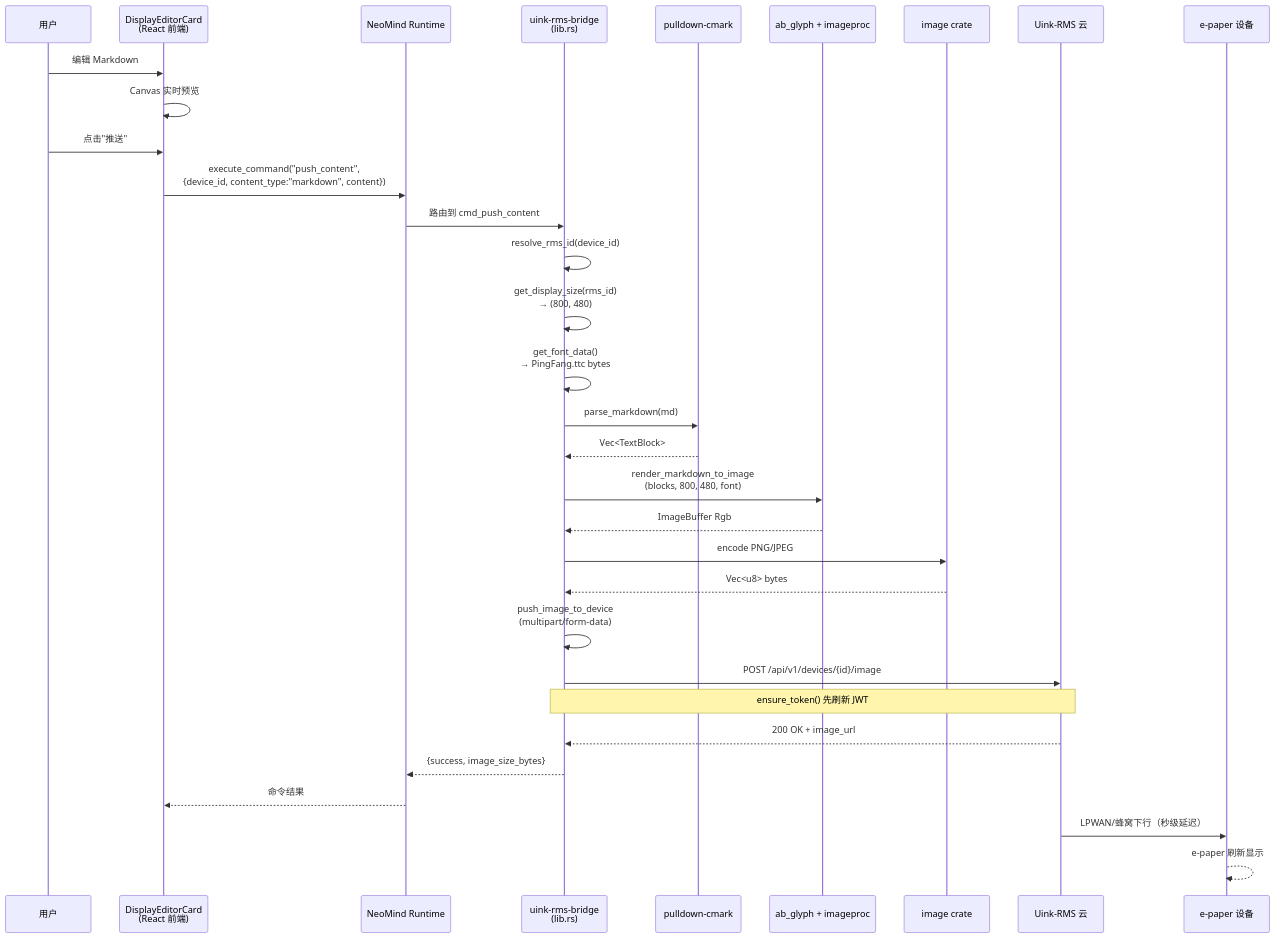
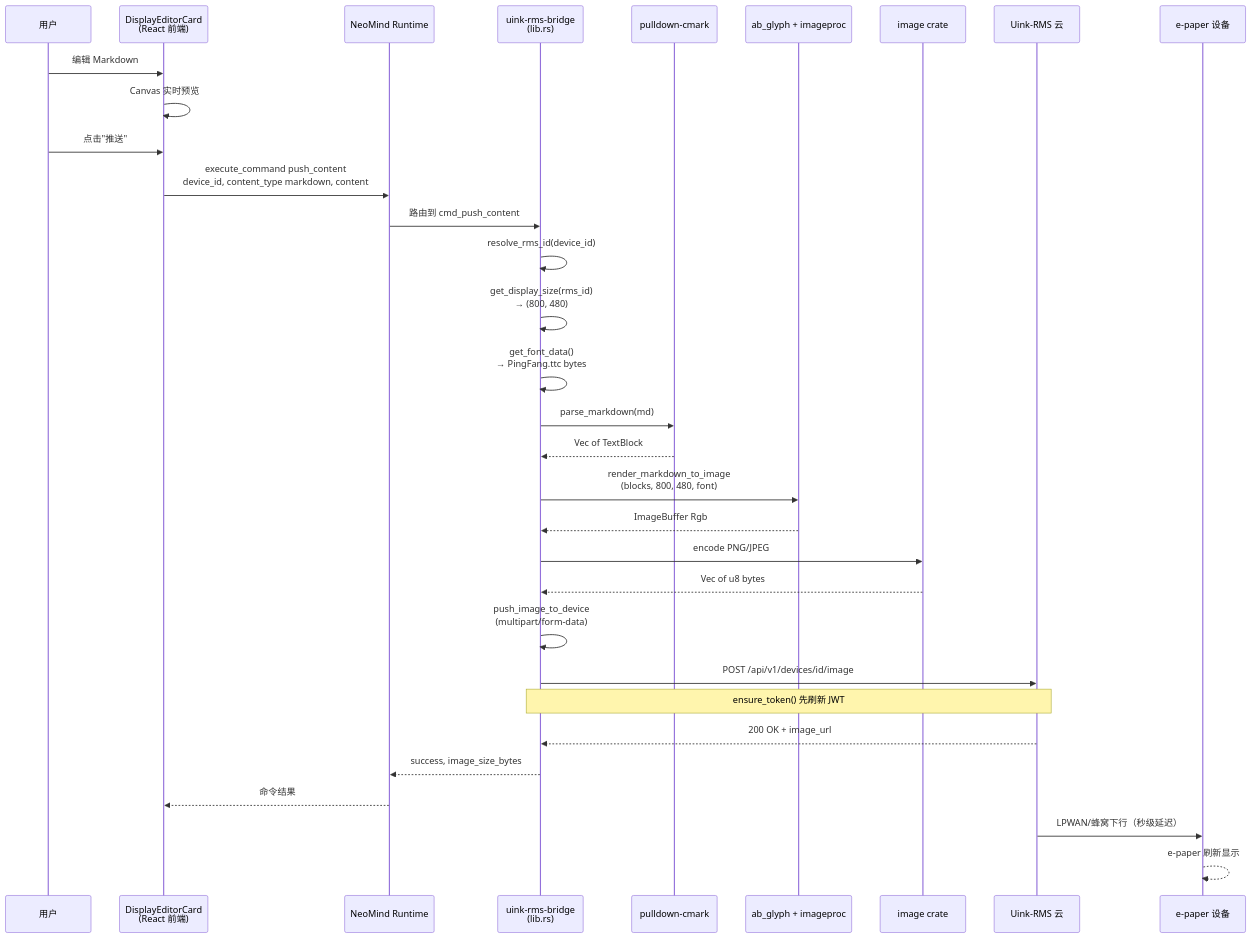
Before and after one commit to luommy/wiki-documents: the second of 2 diagrams in docs/0-neomind/developer-guide/case-studies/5-uink-rms-bridge.md, drawn with Mermaid. The commit also changed other lines of this file and 32 other files, not shown here.

First line of the commit message:
docs(neomind/case-studies): 修复 Mermaid 解析错误、内联枚举、NE101 虚构指令

````diff
--- a/docs/0-neomind/developer-guide/case-studies/5-uink-rms-bridge.md
+++ b/docs/0-neomind/developer-guide/case-studies/5-uink-rms-bridge.md
@@ -343,35 +354,35 @@
 ```mermaid
 sequenceDiagram
     participant U as 用户
     participant FE as DisplayEditorCard<br/>(React 前端)
     participant RT as NeoMind Runtime
     participant EXT as uink-rms-bridge<br/>(lib.rs)
     participant PARSE as pulldown-cmark
     participant RENDER as ab_glyph + imageproc
     participant ENC as image crate
     participant RMS as Uink-RMS 云
     participant EP as e-paper 设备
 
     U->>FE: 编辑 Markdown
     FE->>FE: Canvas 实时预览
     U->>FE: 点击"推送"
-    FE->>RT: execute_command("push_content",<br/>{device_id, content_type:"markdown", content})
+    FE->>RT: execute_command push_content<br/>device_id, content_type markdown, content
     RT->>EXT: 路由到 cmd_push_content
     EXT->>EXT: resolve_rms_id(device_id)
     EXT->>EXT: get_display_size(rms_id)<br/>→ (800, 480)
     EXT->>EXT: get_font_data()<br/>→ PingFang.ttc bytes
     EXT->>PARSE: parse_markdown(md)
-    PARSE-->>EXT: Vec<TextBlock>
+    PARSE-->>EXT: Vec of TextBlock
     EXT->>RENDER: render_markdown_to_image<br/>(blocks, 800, 480, font)
     RENDER-->>EXT: ImageBuffer Rgb
     EXT->>ENC: encode PNG/JPEG
-    ENC-->>EXT: Vec<u8> bytes
+    ENC-->>EXT: Vec of u8 bytes
     EXT->>EXT: push_image_to_device<br/>(multipart/form-data)
-    EXT->>RMS: POST /api/v1/devices/{id}/image
+    EXT->>RMS: POST /api/v1/devices/id/image
     Note over EXT,RMS: ensure_token() 先刷新 JWT
     RMS-->>EXT: 200 OK + image_url
-    EXT-->>RT: {success, image_size_bytes}
+    EXT-->>RT: success, image_size_bytes
     RT-->>FE: 命令结果
     RMS->>EP: LPWAN/蜂窝下行（秒级延迟）
     EP-->>EP: e-paper 刷新显示
 ```
````
